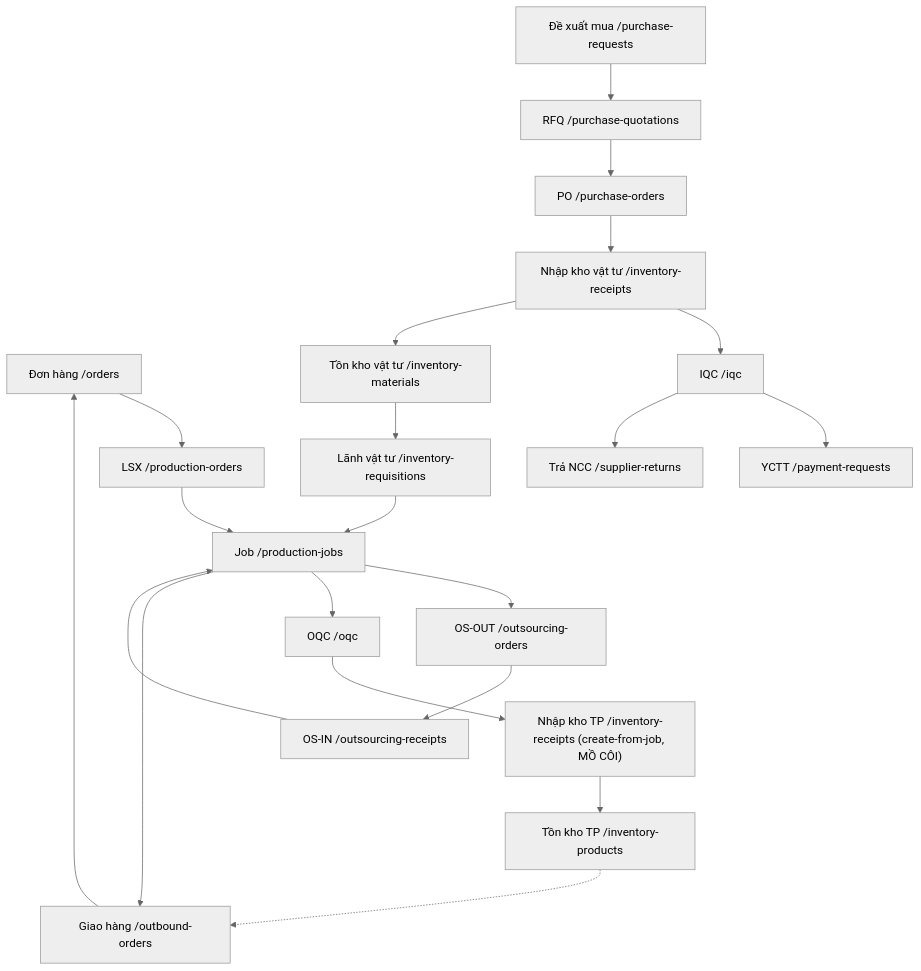
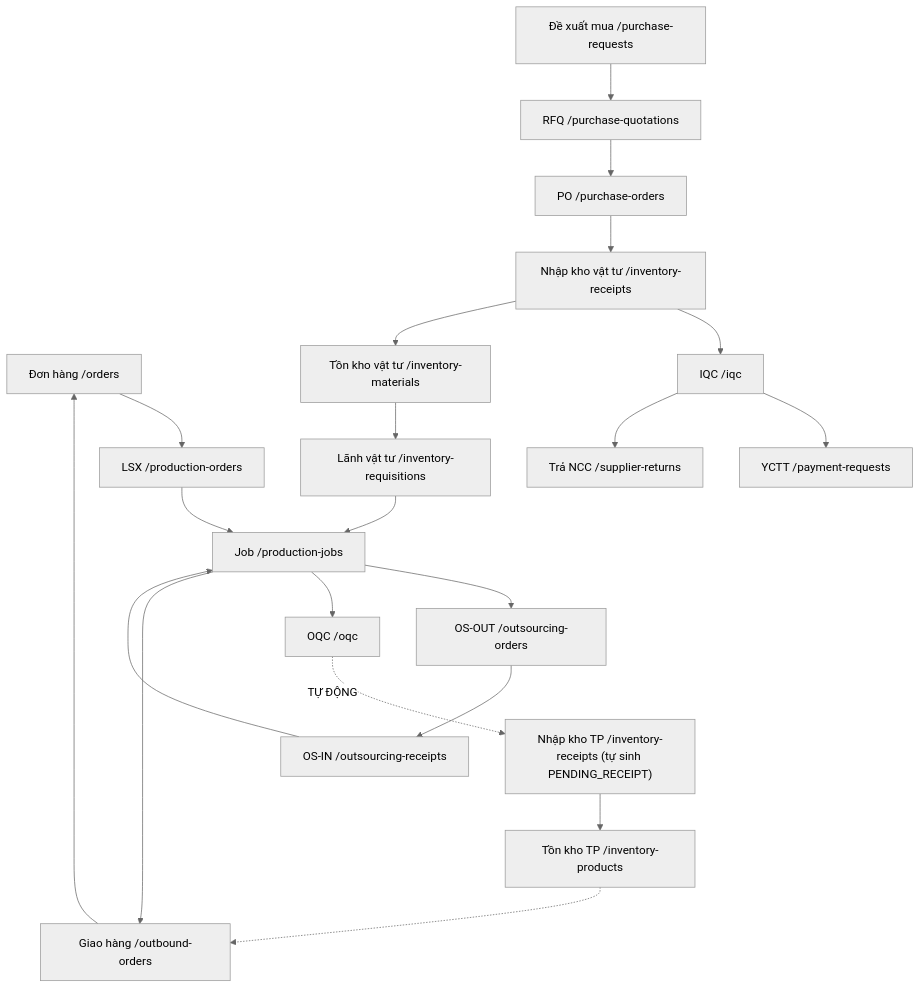
One commit to VoDinhViet/web-quanlysanxuat changed the fourth of 4 diagrams in docs/ui-flow.md. Above: the diagram before and after it, drawn with Mermaid (neutral theme). The commit also changed other lines of this file and 10 other files, not shown here.

First line of the commit message:
refactor(inventory-receipts): remove orphaned create-from-job route

````diff
--- a/docs/ui-flow.md
+++ b/docs/ui-flow.md
@@ -191,23 +186,23 @@
 ```mermaid
 flowchart TD
     SO["Đơn hàng /orders"] --> LSX["LSX /production-orders"]
     LSX --> JOB["Job /production-jobs"]
     PR["Đề xuất mua /purchase-requests"] --> RFQ["RFQ /purchase-quotations"]
     RFQ --> PO["PO /purchase-orders"]
     PO --> RCPT_RM["Nhập kho vật tư /inventory-receipts"]
     RCPT_RM --> IQC["IQC /iqc"]
     RCPT_RM --> MATSTOCK["Tồn kho vật tư /inventory-materials"]
     IQC --> PAY["YCTT /payment-requests"]
     IQC --> RETURN["Trả NCC /supplier-returns"]
     MATSTOCK --> REQ["Lãnh vật tư /inventory-requisitions"]
     REQ --> JOB
     JOB --> OSOUT["OS-OUT /outsourcing-orders"]
     OSOUT --> OSIN["OS-IN /outsourcing-receipts"]
     OSIN --> JOB
     JOB --> OQC["OQC /oqc"]
-    OQC --> RCPT_FG["Nhập kho TP /inventory-receipts (create-from-job, MỒ CÔI)"]
+    OQC -.->|TỰ ĐỘNG| RCPT_FG["Nhập kho TP /inventory-receipts (tự sinh PENDING_RECEIPT)"]
     RCPT_FG --> PRODSTOCK["Tồn kho TP /inventory-products"]
     JOB --> DO["Giao hàng /outbound-orders"]
     PRODSTOCK -.-> DO
     DO --> SO
 ```
````
